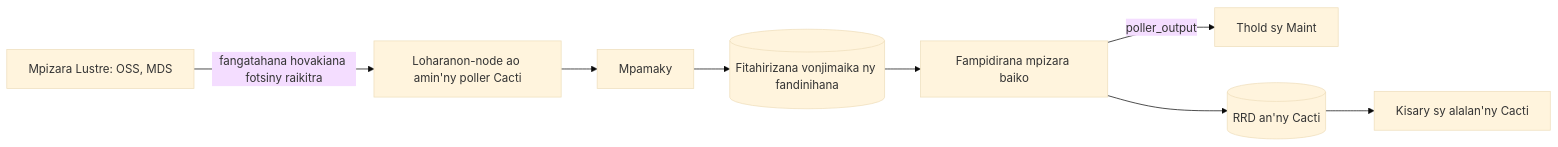
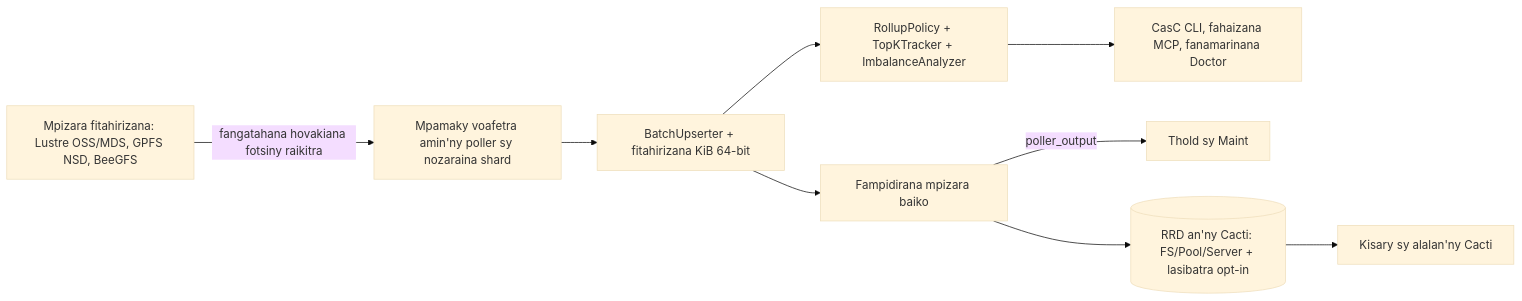
Before and after one commit to somethingwithproof/plugin_pfs: the diagram in docs/i18n/mg-MG/README.md, drawn with Mermaid (base theme). The commit also changed other lines of this file and 47 other files, not shown here.

````diff
--- a/docs/i18n/mg-MG/README.md
+++ b/docs/i18n/mg-MG/README.md
@@ -73,10 +81,11 @@
 ```mermaid
 flowchart LR
-    N[Mpizara Lustre: OSS, MDS] -->|fangatahana hovakiana fotsiny raikitra| S[Loharanon-node ao amin'ny poller Cacti]
-    S --> R[Mpamaky]
-    R --> C[(Fitahirizana vonjimaika ny fandinihana)]
-    C --> SS[Fampidirana mpizara baiko]
-    SS -->|poller_output| T[Thold sy Maint]
-    SS --> RRD[(RRD an'ny Cacti)]
-    RRD --> G[Kisary sy alalan'ny Cacti]
+    N["Mpizara fitahirizana: Lustre OSS/MDS, GPFS NSD, BeeGFS"] -->|fangatahana hovakiana fotsiny raikitra| S["Mpamaky voafetra amin'ny poller sy nozaraina shard"]
+    S --> B["BatchUpserter + fitahirizana KiB 64-bit"]
+    B --> R["RollupPolicy + TopKTracker + ImbalanceAnalyzer"]
+    B --> SS["Fampidirana mpizara baiko"]
+    R --> ECO["CasC CLI, fahaizana MCP, fanamarinana Doctor"]
+    SS -->|poller_output| T["Thold sy Maint"]
+    SS --> RRD[("RRD an'ny Cacti: FS/Pool/Server + lasibatra opt-in")]
+    RRD --> G["Kisary sy alalan'ny Cacti"]
 ```
````
